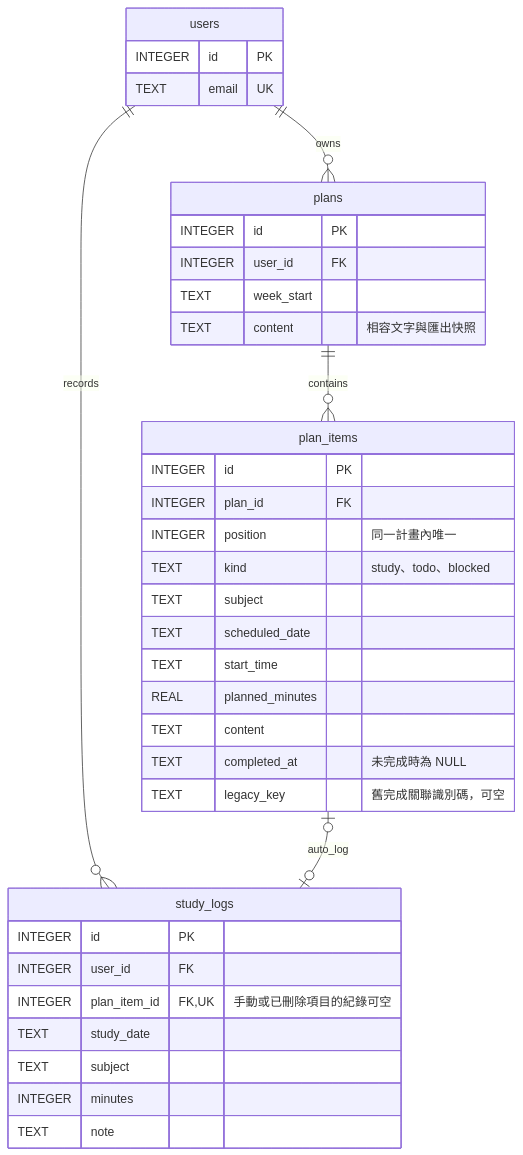
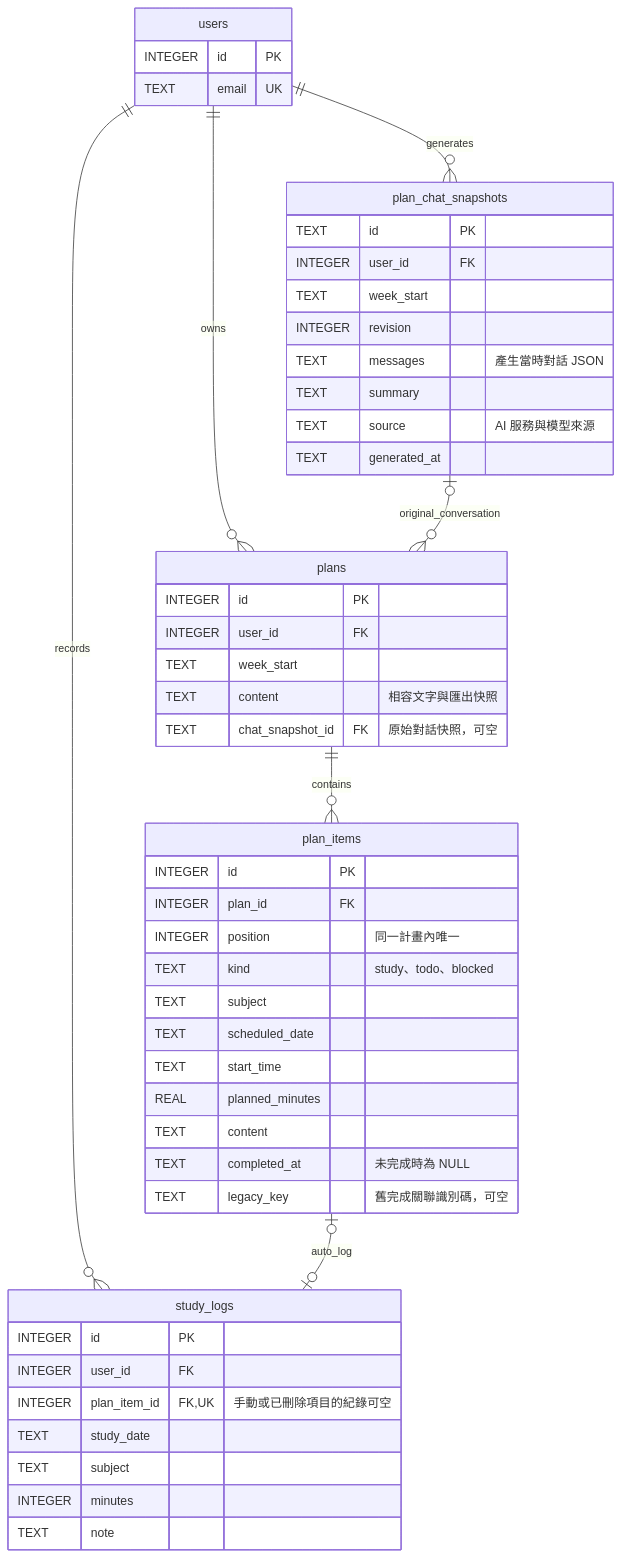
The diagram in docs/plan-items-erd.md (puffy0403-tech/learnpilot), drawn with Mermaid before and after one commit. The commit also changed other lines of this file and 9 other files, not shown here.

Commit message:
Preserve original AI conversation snapshots with saved plans

````diff
--- a/docs/plan-items-erd.md
+++ b/docs/plan-items-erd.md
@@ -5,40 +5,53 @@
 ```mermaid
 erDiagram
     users ||--o{ plans : owns
     users ||--o{ study_logs : records
     plans ||--o{ plan_items : contains
+    users ||--o{ plan_chat_snapshots : generates
+    plan_chat_snapshots o|--o{ plans : original_conversation
     plan_items o|--o| study_logs : auto_log
 
     users {
         INTEGER id PK
         TEXT email UK
     }
     plans {
         INTEGER id PK
         INTEGER user_id FK
         TEXT week_start
         TEXT content "相容文字與匯出快照"
+        TEXT chat_snapshot_id FK "原始對話快照，可空"
     }
     plan_items {
         INTEGER id PK
         INTEGER plan_id FK
         INTEGER position "同一計畫內唯一"
         TEXT kind "study、todo、blocked"
         TEXT subject
         TEXT scheduled_date
         TEXT start_time
         REAL planned_minutes
         TEXT content
         TEXT completed_at "未完成時為 NULL"
         TEXT legacy_key "舊完成關聯識別碼，可空"
     }
+    plan_chat_snapshots {
+        TEXT id PK
+        INTEGER user_id FK
+        TEXT week_start
+        INTEGER revision
+        TEXT messages "產生當時對話 JSON"
+        TEXT summary
+        TEXT source "AI 服務與模型來源"
+        TEXT generated_at
+    }
     study_logs {
         INTEGER id PK
         INTEGER user_id FK
         INTEGER plan_item_id FK,UK "手動或已刪除項目的紀錄可空"
         TEXT study_date
         TEXT subject
         INTEGER minutes
         TEXT note
     }
 ```
````
